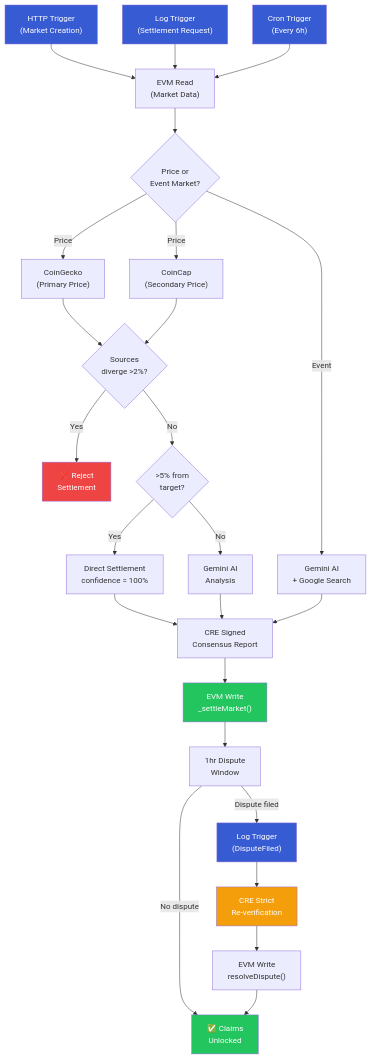
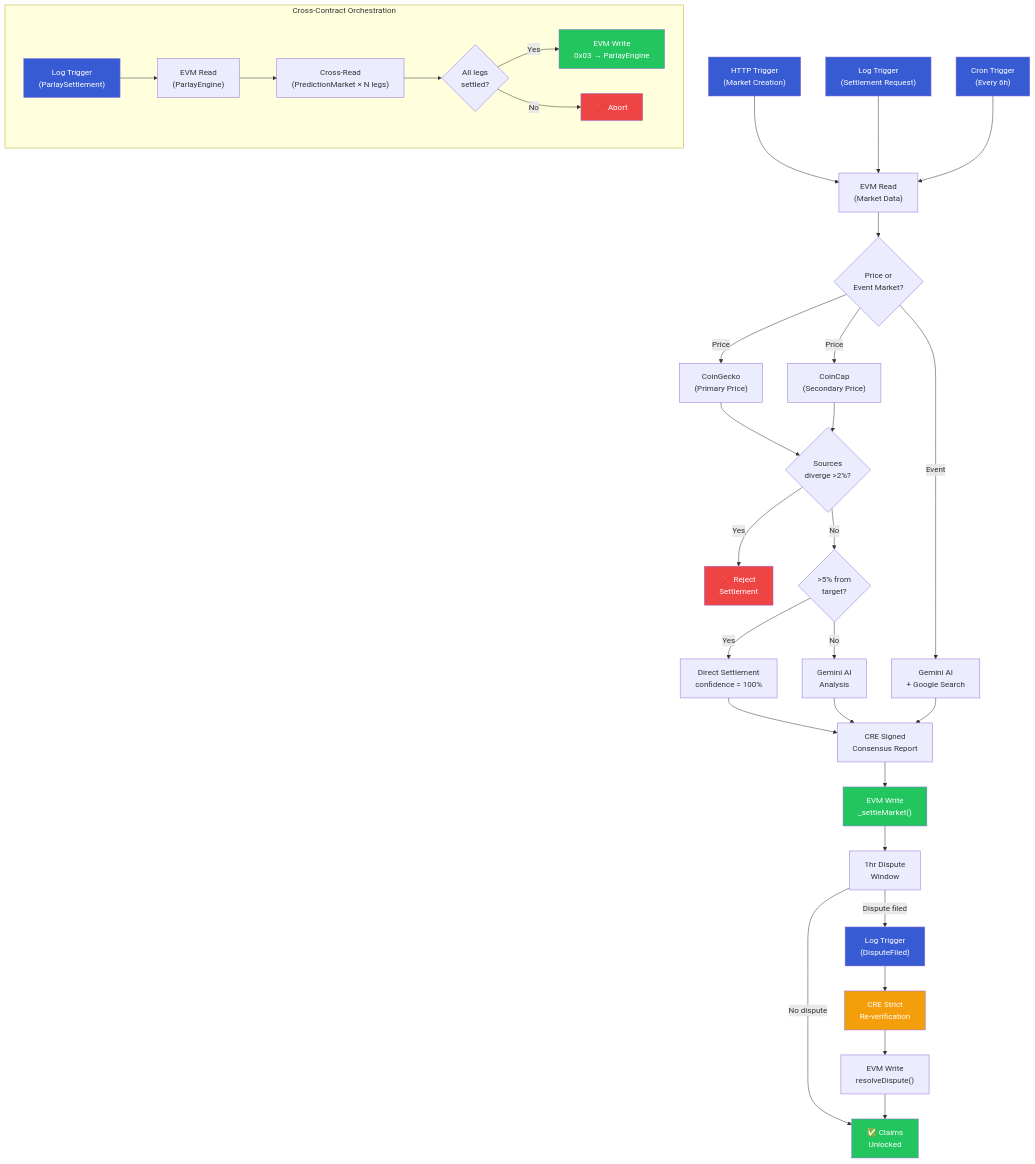
The first of 2 diagrams in README.md (YuxiangJiangCT/oracle-settler), drawn with Mermaid before and after one commit. The commit also changed other lines of this file and 6 other files, not shown here.

Commit message:
Hackathon polish: README 16 CRE, mock data fallback, Q&A, ARCHITECTURE.md

````diff
--- a/README.md
+++ b/README.md
@@ -63,32 +63,43 @@
 ```mermaid
 flowchart TD
     HTTP["HTTP Trigger<br/>(Market Creation)"] --> READ["EVM Read<br/>(Market Data)"]
     LOG["Log Trigger<br/>(Settlement Request)"] --> READ
     CRON["Cron Trigger<br/>(Every 6h)"] --> READ
     READ --> TYPE{"Price or<br/>Event Market?"}
     TYPE -- "Price" --> CG["CoinGecko<br/>(Primary Price)"]
     TYPE -- "Price" --> CC["CoinCap<br/>(Secondary Price)"]
     TYPE -- "Event" --> AI2["Gemini AI<br/>+ Google Search"]
     CG & CC --> DIV{"Sources<br/>diverge >2%?"}
     DIV -- "Yes" --> REJECT["❌ Reject<br/>Settlement"]
     DIV -- "No" --> THRESH{">5% from<br/>target?"}
     THRESH -- "Yes" --> DIRECT["Direct Settlement<br/>confidence = 100%"]
     THRESH -- "No" --> AI["Gemini AI<br/>Analysis"]
     DIRECT & AI & AI2 --> CONSENSUS["CRE Signed<br/>Consensus Report"]
     CONSENSUS --> WRITE["EVM Write<br/>_settleMarket()"]
     WRITE --> WINDOW["1hr Dispute<br/>Window"]
     WINDOW -- "No dispute" --> CLAIM["✅ Claims<br/>Unlocked"]
     WINDOW -- "Dispute filed" --> DLOG["Log Trigger<br/>(DisputeFiled)"]
     DLOG --> STRICT["CRE Strict<br/>Re-verification"]
     STRICT --> RESOLVE["EVM Write<br/>resolveDispute()"]
     RESOLVE --> CLAIM
 
+    subgraph Parlay["Cross-Contract Orchestration"]
+        PLOG["Log Trigger<br/>(ParlaySettlement)"] --> PREAD["EVM Read<br/>(ParlayEngine)"]
+        PREAD --> XREAD["Cross-Read<br/>(PredictionMarket × N legs)"]
+        XREAD --> PVERIFY{"All legs<br/>settled?"}
+        PVERIFY -- "Yes" --> PWRITE["EVM Write<br/>0x03 → ParlayEngine"]
+        PVERIFY -- "No" --> PREJECT["❌ Abort"]
+    end
+
     style HTTP fill:#375BD2,color:#fff
     style LOG fill:#375BD2,color:#fff
     style CRON fill:#375BD2,color:#fff
     style DLOG fill:#375BD2,color:#fff
+    style PLOG fill:#375BD2,color:#fff
     style REJECT fill:#ef4444,color:#fff
+    style PREJECT fill:#ef4444,color:#fff
     style WRITE fill:#22c55e,color:#fff
+    style PWRITE fill:#22c55e,color:#fff
     style CLAIM fill:#22c55e,color:#fff
     style STRICT fill:#f59e0b,color:#fff
 ```
````
